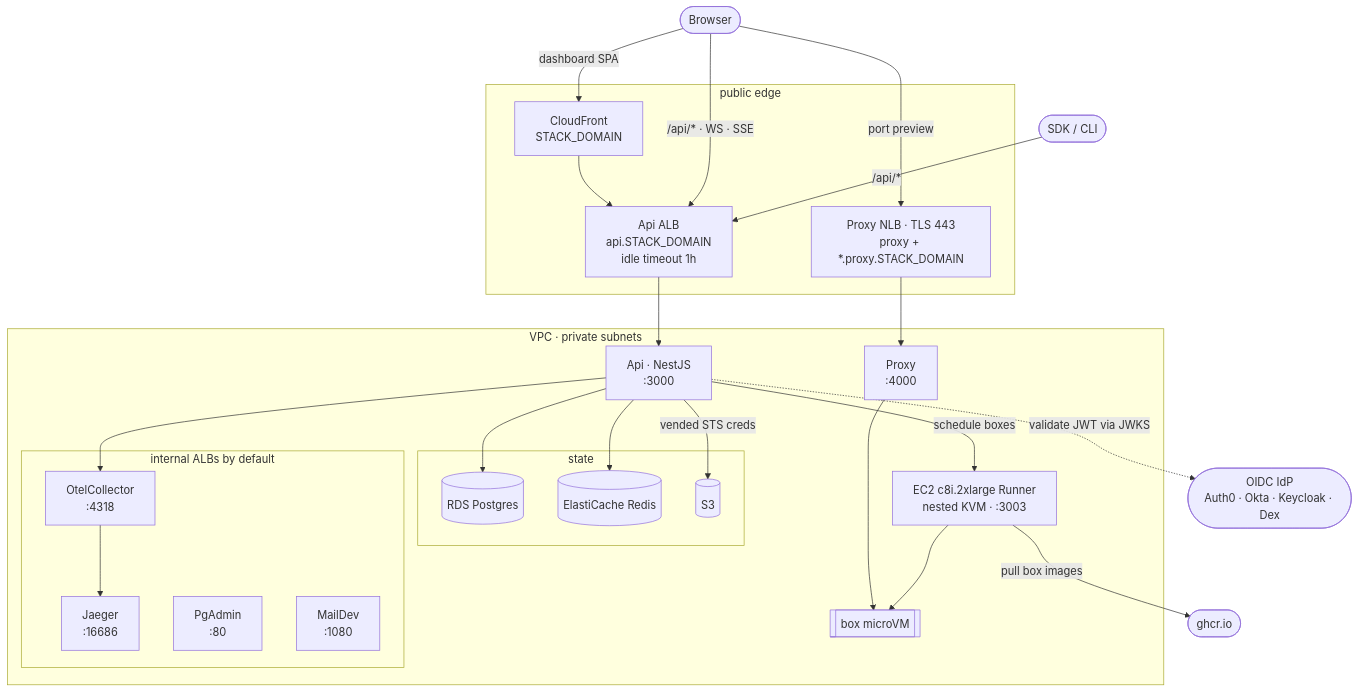
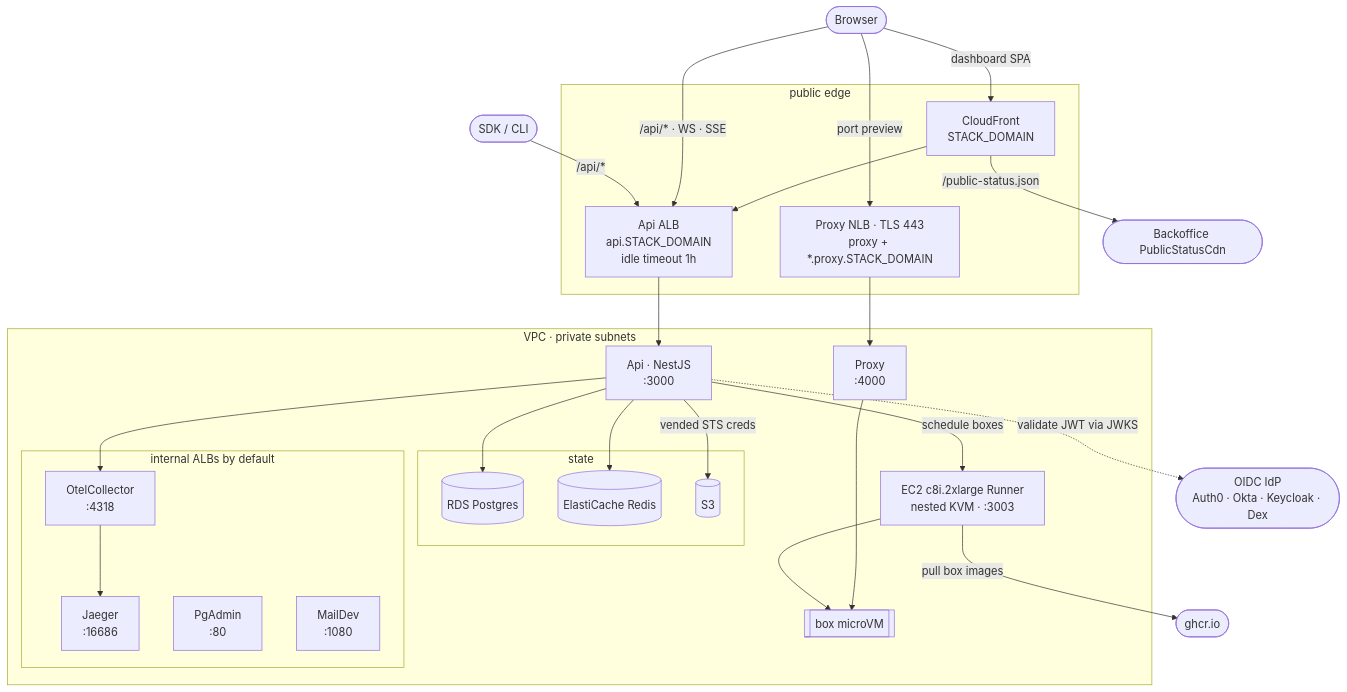
The diagram in apps/infra/docs/deployment.md (boxlite-ai/boxlite), drawn with Mermaid before and after one commit. The commit also changed other lines of this file and 8 other files, not shown here.

Commit message:
fix(infra): route public status snapshot

````diff
--- a/apps/infra/docs/deployment.md
+++ b/apps/infra/docs/deployment.md
@@ -15,53 +15,55 @@
 ```mermaid
 flowchart TB
     browser(["Browser"])
     sdk(["SDK / CLI"])
     idp(["OIDC IdP<br/>Auth0 · Okta · Keycloak · Dex"])
     ghcr(["ghcr.io"])
+    publicStatus(["Backoffice PublicStatusCdn"])
 
     subgraph edge["public edge"]
         cf["CloudFront<br/>STACK_DOMAIN"]
         alb["Api ALB<br/>api.STACK_DOMAIN<br/>idle timeout 1h"]
         nlb["Proxy NLB · TLS 443<br/>proxy + *.proxy.STACK_DOMAIN"]
     end
 
     subgraph vpc["VPC · private subnets"]
         api["Api · NestJS<br/>:3000"]
         proxy["Proxy<br/>:4000"]
         runner["EC2 c8i.2xlarge Runner<br/>nested KVM · :3003"]
         box[["box microVM"]]
 
         subgraph store["state"]
             pg[("RDS Postgres")]
             redis[("ElastiCache Redis")]
             s3[("S3")]
         end
 
         subgraph obs["internal ALBs by default"]
             otel["OtelCollector<br/>:4318"]
             jaeger["Jaeger<br/>:16686"]
             pgadmin["PgAdmin<br/>:80"]
             maildev["MailDev<br/>:1080"]
         end
     end
 
     browser -->|"dashboard SPA"| cf
     cf --> alb
+    cf -->|"/public-status.json"| publicStatus
     browser -->|"/api/* · WS · SSE"| alb
     sdk -->|"/api/*"| alb
     browser -->|"port preview"| nlb
 
     alb --> api
     nlb --> proxy
     proxy --> box
     runner --> box
 
     api --> pg
     api --> redis
     api -->|"vended STS creds"| s3
     api -->|"schedule boxes"| runner
     api -.->|"validate JWT via JWKS"| idp
     api --> otel
     otel --> jaeger
     runner -->|"pull box images"| ghcr
 ```
````
